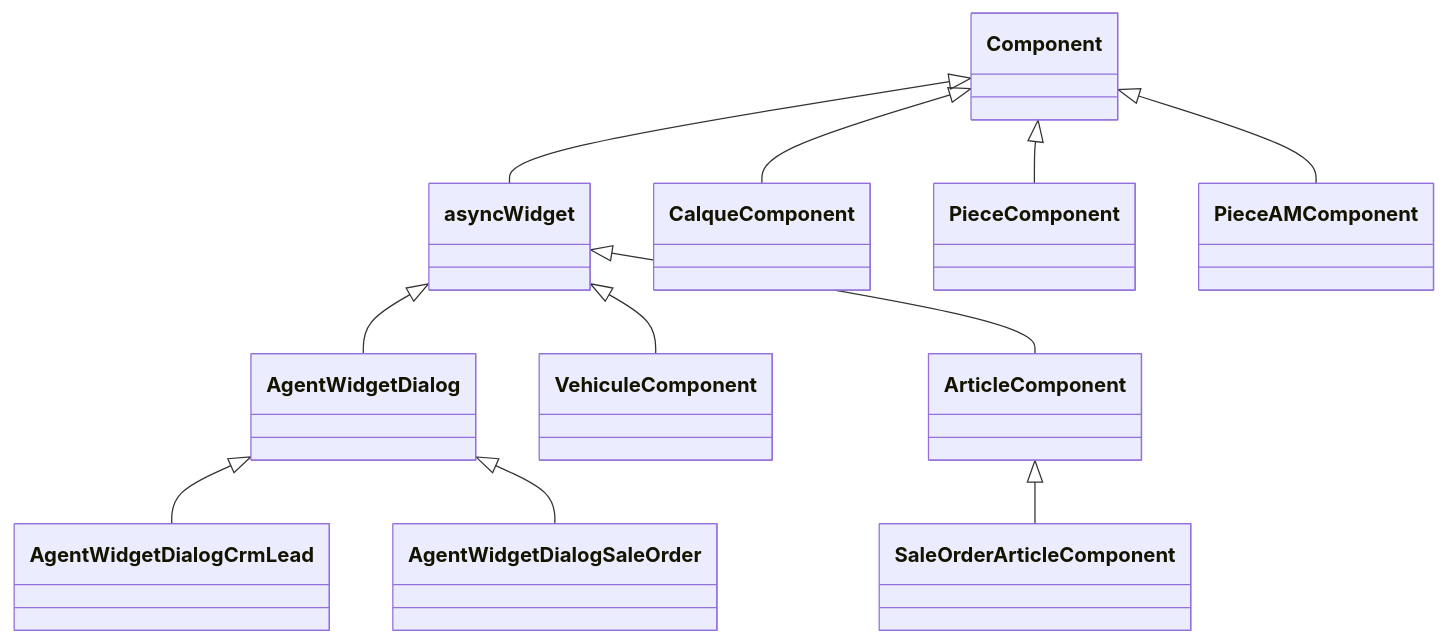
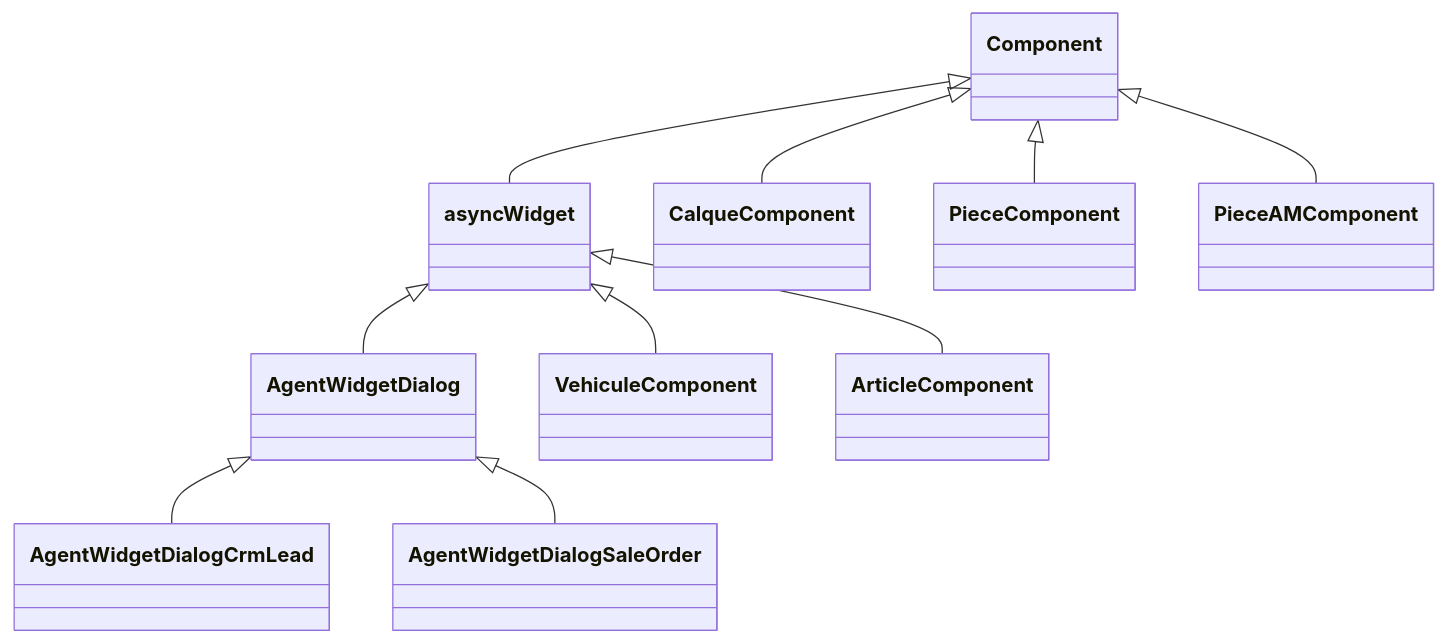
One commit to rpbmSdk/rpbm changed the second of 4 diagrams in rpbm_agent/docs/technique/frontend.md. Above: the diagram before and after it, drawn with Mermaid. The commit also changed other lines of this file and 7 other files, not shown here.

````diff
--- a/rpbm_agent/docs/technique/frontend.md
+++ b/rpbm_agent/docs/technique/frontend.md
@@ -23,25 +23,23 @@
 ```mermaid
 classDiagram
     class Component
     class asyncWidget
     class AgentWidgetDialog
     class AgentWidgetDialogCrmLead
     class AgentWidgetDialogSaleOrder
     class VehiculeComponent
     class ArticleComponent
-    class SaleOrderArticleComponent
     class CalqueComponent
     class PieceComponent
     class PieceAMComponent
 
     Component <|-- asyncWidget
     asyncWidget <|-- AgentWidgetDialog
     AgentWidgetDialog <|-- AgentWidgetDialogCrmLead
     AgentWidgetDialog <|-- AgentWidgetDialogSaleOrder
     asyncWidget <|-- VehiculeComponent
     asyncWidget <|-- ArticleComponent
-    ArticleComponent <|-- SaleOrderArticleComponent
     Component <|-- CalqueComponent
     Component <|-- PieceComponent
     Component <|-- PieceAMComponent
 ```
````
